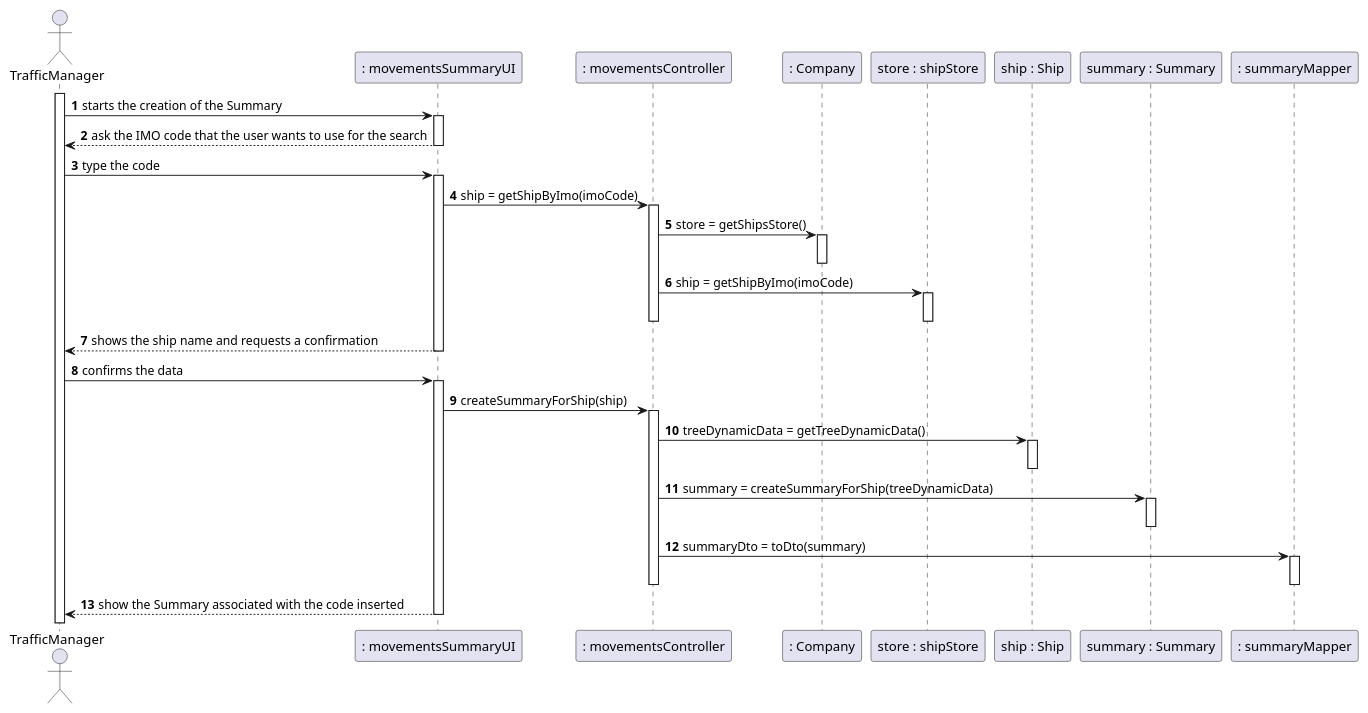
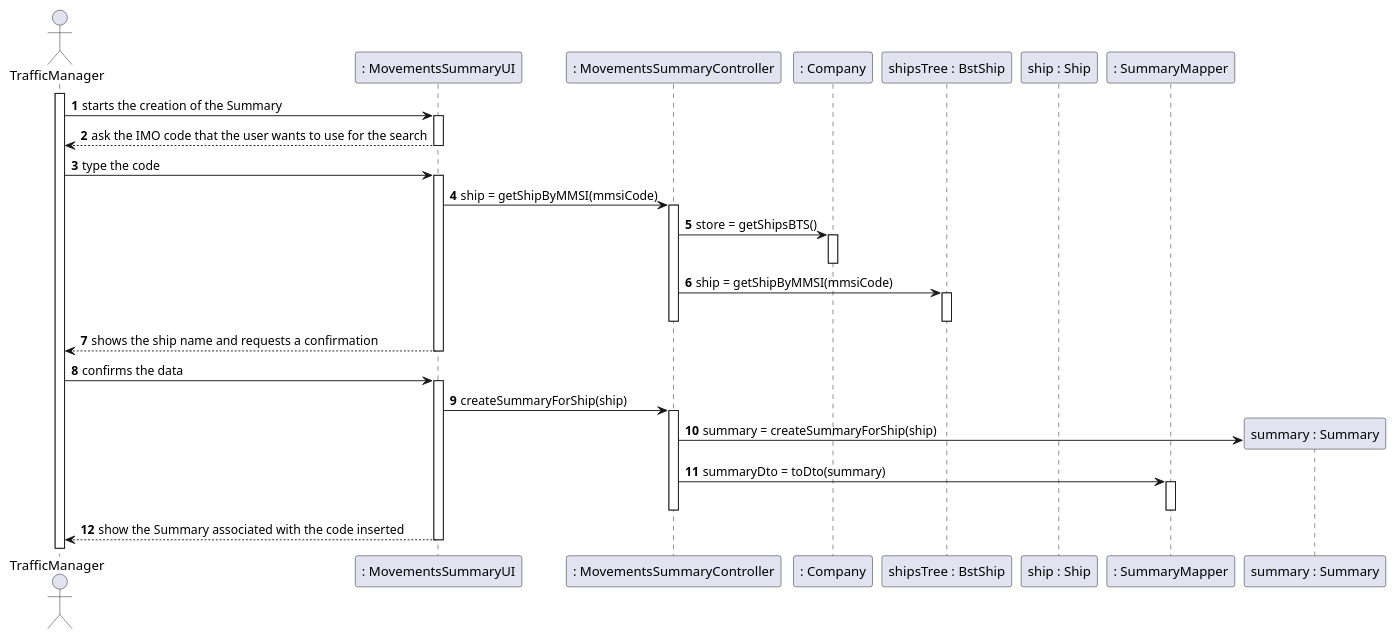
The diagram in docs/US104/US104_SD.puml (0franciscor/lapr3-2021-g042), drawn with PlantUML before and after one commit. The commit also changed 7 other files, not shown here.

Commit message:
G42 - 17 #time 5h #comment implementation of conceptualized classes in design diagrams

```diff
--- a/docs/US104/US104_SD.puml
+++ b/docs/US104/US104_SD.puml
@@ -1,58 +1,52 @@
 @startuml
 'https://plantuml.com/sequence-diagram
 
 actor TrafficManager as TM
-participant ": movementsSummaryUI" as UI
-participant ": movementsController" as CT
+participant ": MovementsSummaryUI" as UI
+participant ": MovementsSummaryController" as CT
 participant ": Company" as CP
-participant "store : shipStore" as ST
+participant "shipsTree : BstShip" as ST
 participant "ship : Ship" as SP
-participant "summary : Summary" as SM
-participant ": summaryMapper" as MP
+participant ": SummaryMapper" as MP
 
 
 
 
 autonumber
 activate TM
 TM -> UI: starts the creation of the Summary
 activate UI
 UI --> TM : ask the IMO code that the user wants to use for the search
 deactivate UI
 TM -> UI : type the code
 activate UI
-UI -> CT : ship = getShipByImo(imoCode)
+UI -> CT : ship = getShipByMMSI(mmsiCode)
 activate  CT
-CT->CP : store = getShipsStore()
+CT->CP : store = getShipsBTS()
 activate CP
 
 deactivate CP
 
-CT->ST : ship = getShipByImo(imoCode)
+CT->ST : ship = getShipByMMSI(mmsiCode)
 activate ST
 deactivate ST
 
 deactivate CT
 UI --> TM : shows the ship name and requests a confirmation
 deactivate UI
 TM -> UI: confirms the data
 activate UI
 UI->CT : createSummaryForShip(ship)
 activate CT
-CT->SP : treeDynamicData = getTreeDynamicData()
-activate SP
-deactivate SP
-CT->SM : summary = createSummaryForShip(treeDynamicData)
-activate SM
-deactivate SM
+CT->"summary : Summary"**: summary = createSummaryForShip(ship)
 CT->MP : summaryDto = toDto(summary)
 activate MP
 deactivate MP
 
 deactivate CT
 UI --> TM : show the Summary associated with the code inserted
 deactivate UI
 
 
 
 @enduml
```
